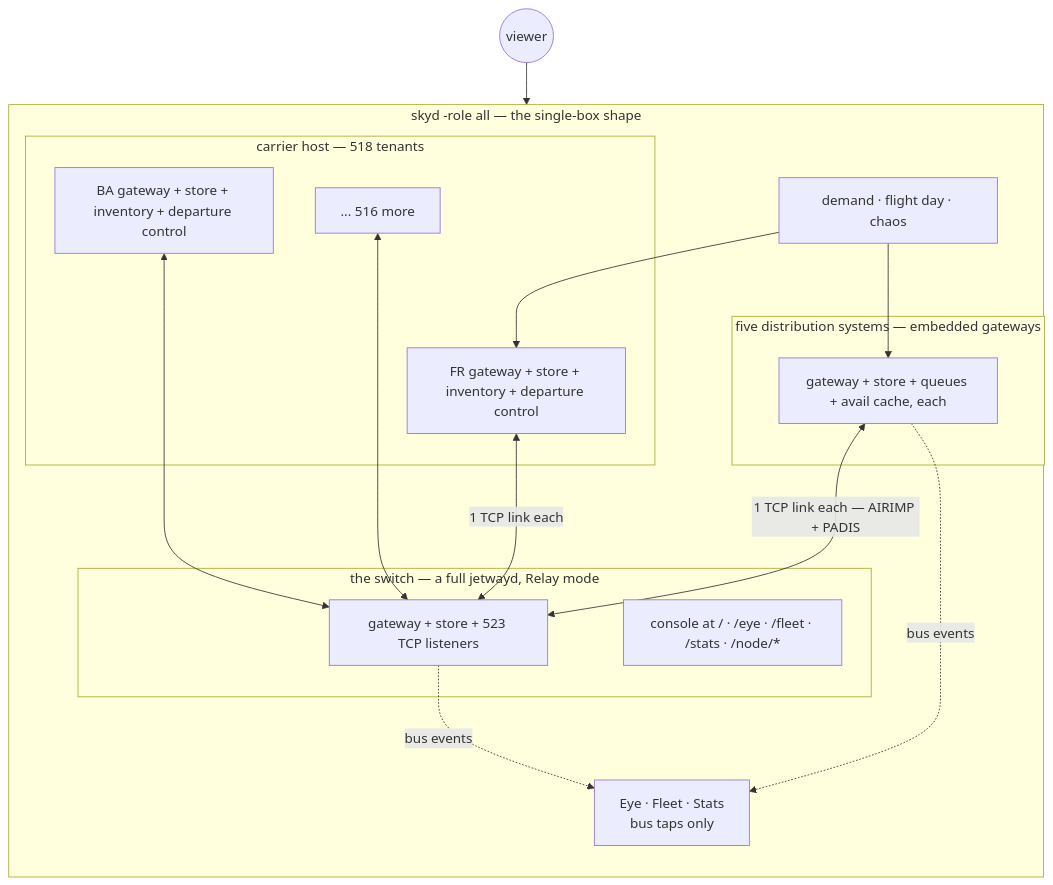
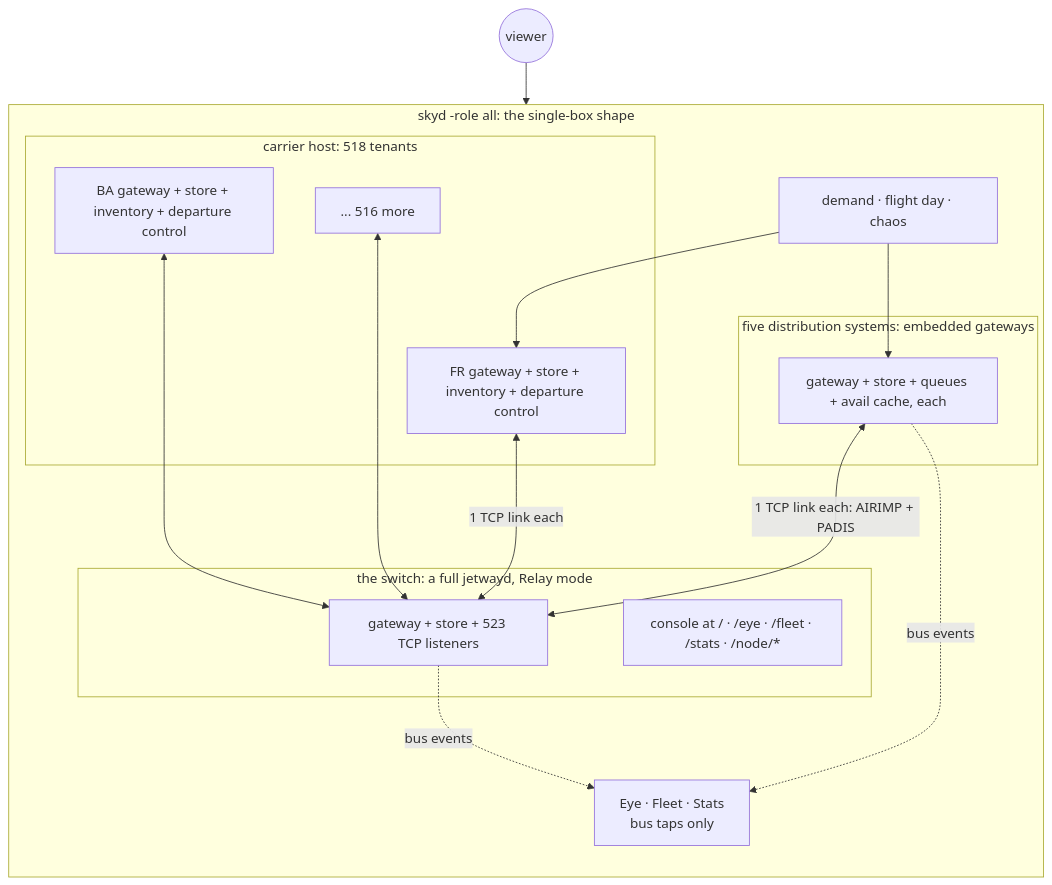
One commit to adamf/wholesky changed the second of 2 diagrams in README.md. Above: the diagram before and after it, drawn with Mermaid. The commit also changed other lines of this file and 20 other files, not shown here.

````diff
--- a/README.md
+++ b/README.md
@@ -202,31 +243,31 @@
 ```mermaid
 flowchart TB
-  subgraph skyd [skyd -role all — the single-box shape]
+  subgraph skyd [skyd -role all: the single-box shape]
     direction TB
-    subgraph sw [the switch — a full jetwayd, Relay mode]
+    subgraph sw [the switch: a full jetwayd, Relay mode]
       SWG[gateway + store + 523 TCP listeners]
       UI[console at / · /eye · /fleet · /stats · /node/*]
     end
-    subgraph gds [five distribution systems — embedded gateways]
+    subgraph gds [five distribution systems: embedded gateways]
       G[gateway + store + queues + avail cache, each]
     end
-    subgraph host [carrier host — 518 tenants]
+    subgraph host [carrier host: 518 tenants]
       T1[FR gateway + store + inventory + departure control]
       T2[BA gateway + store + inventory + departure control]
       TN[... 516 more]
     end
     OBS[Eye · Fleet · Stats\nbus taps only]
     DRV[demand · flight day · chaos]
   end
   V((viewer))
 
-  G <-- "1 TCP link each — AIRIMP + PADIS" --> SWG
+  G <-- "1 TCP link each: AIRIMP + PADIS" --> SWG
   T1 <-- "1 TCP link each" --> SWG
   T2 <---> SWG
   TN <---> SWG
   SWG -. bus events .-> OBS
   G -. bus events .-> OBS
   DRV --> G
   DRV --> T1
   V --> UI
 ```
````
